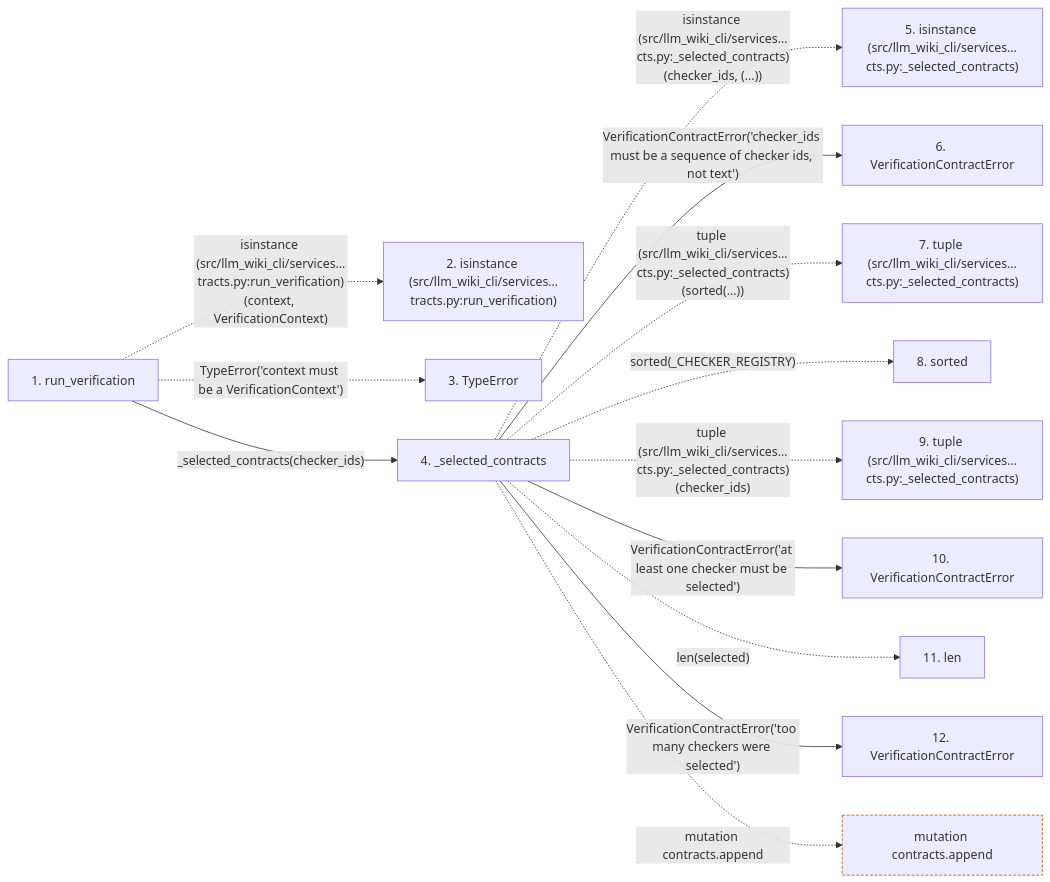
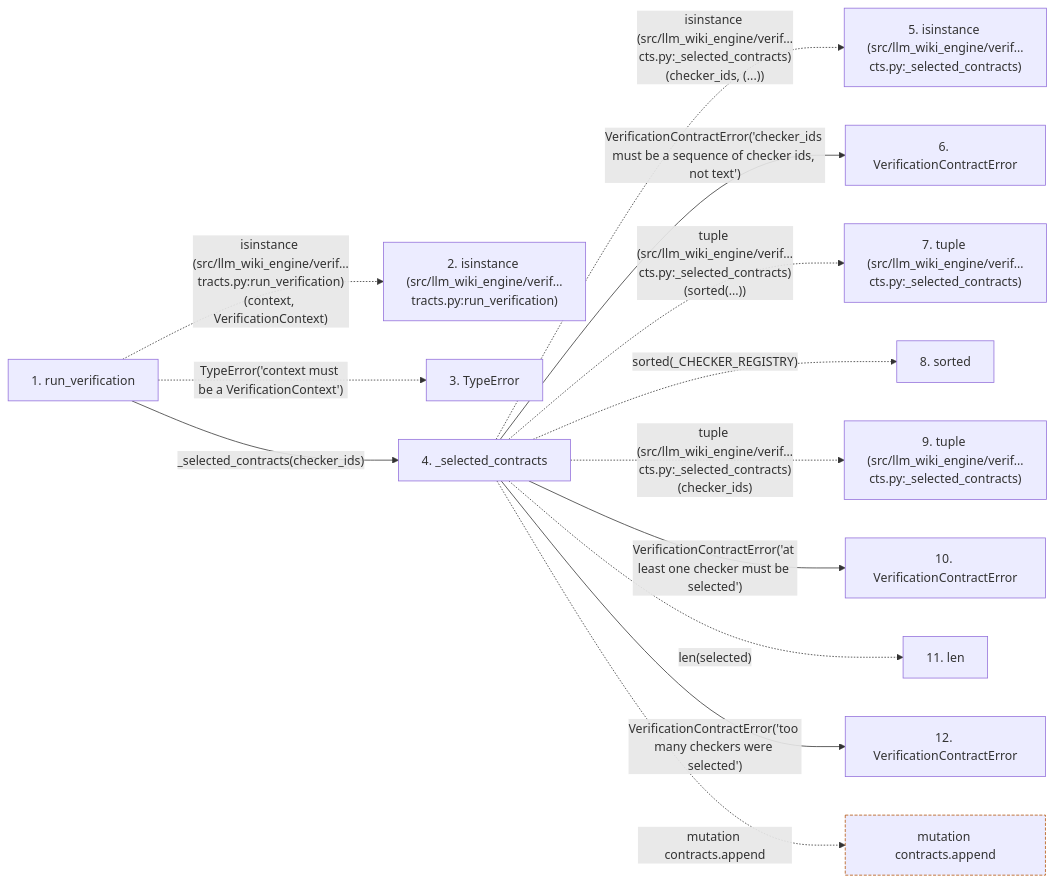
One commit to Denissvgn/python-wiki-llm changed the second of 2 diagrams in docs/llm_wiki/flows/api-run_verification.md. Above: the diagram before and after it, drawn with Mermaid. The commit also changed other lines of this file and 1058 other files, not shown here.

````diff
--- a/docs/llm_wiki/flows/api-run_verification.md
+++ b/docs/llm_wiki/flows/api-run_verification.md
@@ -96,35 +96,35 @@
 ```mermaid
 flowchart LR
     s1["1. run_verification"]
-    s2["2. isinstance (src/llm_wiki_cli/services…tracts.py:run_verification)"]
+    s2["2. isinstance (src/llm_wiki_engine/verif…tracts.py:run_verification)"]
     s3["3. TypeError"]
     s4["4. _selected_contracts"]
-    s5["5. isinstance (src/llm_wiki_cli/services…cts.py:_selected_contracts)"]
+    s5["5. isinstance (src/llm_wiki_engine/verif…cts.py:_selected_contracts)"]
     s6["6. VerificationContractError"]
-    s7["7. tuple (src/llm_wiki_cli/services…cts.py:_selected_contracts)"]
+    s7["7. tuple (src/llm_wiki_engine/verif…cts.py:_selected_contracts)"]
     s8["8. sorted"]
-    s9["9. tuple (src/llm_wiki_cli/services…cts.py:_selected_contracts)"]
+    s9["9. tuple (src/llm_wiki_engine/verif…cts.py:_selected_contracts)"]
     s10["10. VerificationContractError"]
     s11["11. len"]
     s12["12. VerificationContractError"]
-    s1 -. "isinstance (src/llm_wiki_cli/services…tracts.py:run_verification)(context, VerificationContext)" .-> s2
+    s1 -. "isinstance (src/llm_wiki_engine/verif…tracts.py:run_verification)(context, VerificationContext)" .-> s2
     s1 -. "TypeError('context must be a VerificationContext')" .-> s3
     s1 -->|"_selected_contracts(checker_ids)"| s4
-    s4 -. "isinstance (src/llm_wiki_cli/services…cts.py:_selected_contracts)(checker_ids, (...))" .-> s5
+    s4 -. "isinstance (src/llm_wiki_engine/verif…cts.py:_selected_contracts)(checker_ids, (...))" .-> s5
     s4 -->|"VerificationContractError('checker_ids must be a sequence of checker ids, not text')"| s6
-    s4 -. "tuple (src/llm_wiki_cli/services…cts.py:_selected_contracts)(sorted(...))" .-> s7
+    s4 -. "tuple (src/llm_wiki_engine/verif…cts.py:_selected_contracts)(sorted(...))" .-> s7
     s4 -. "sorted(_CHECKER_REGISTRY)" .-> s8
-    s4 -. "tuple (src/llm_wiki_cli/services…cts.py:_selected_contracts)(checker_ids)" .-> s9
+    s4 -. "tuple (src/llm_wiki_engine/verif…cts.py:_selected_contracts)(checker_ids)" .-> s9
     s4 -->|"VerificationContractError('at least one checker must be selected')"| s10
     s4 -. "len(selected)" .-> s11
     s4 -->|"VerificationContractError('too many checkers were selected')"| s12
     b0["mutation contracts.append"]
     s4 -. "mutation contracts.append" .-> b0
     click s1 "../modules/verification_contracts.md"
     click s4 "../modules/verification_contracts.md"
     click s6 "../modules/verification_contracts.md"
     click s10 "../modules/verification_contracts.md"
     click s12 "../modules/verification_contracts.md"
     classDef boundary stroke:#b45309,stroke-dasharray: 4 2
     class b0 boundary
 ```
````
